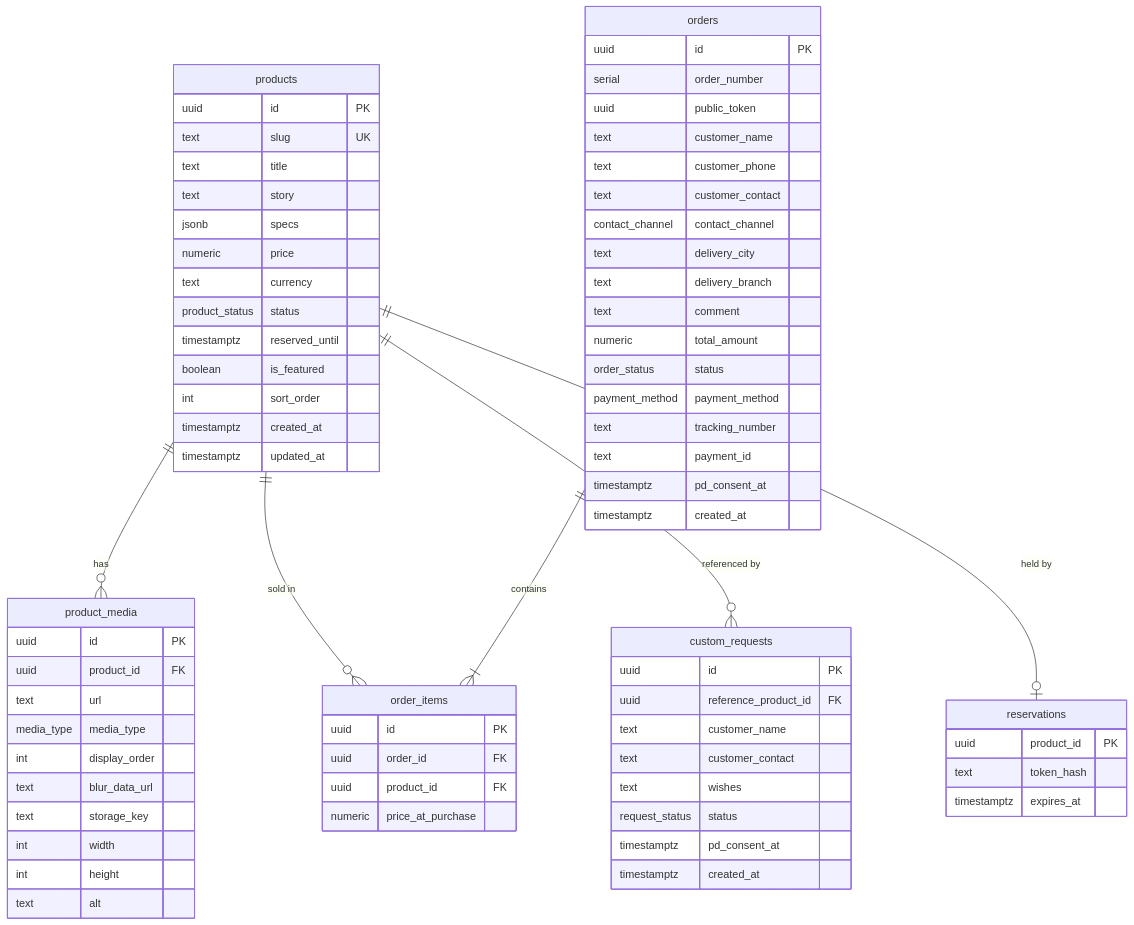
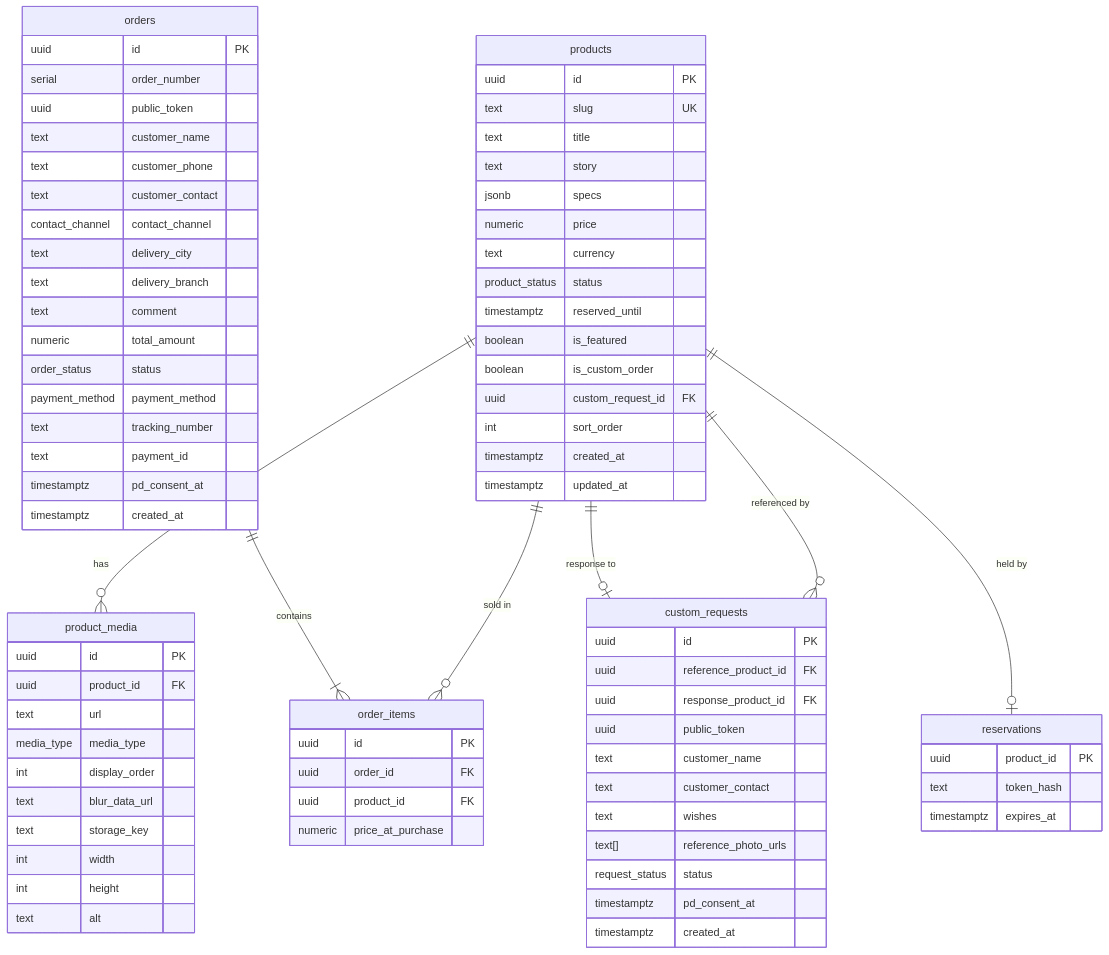
The second of 5 diagrams in ARCHITECTURE.md (tarasssevich/DollShop), drawn with Mermaid before and after one commit. The commit also changed other lines of this file and 24 other files, not shown here.

````diff
--- a/ARCHITECTURE.md
+++ b/ARCHITECTURE.md
@@ -209,76 +209,82 @@
 ```mermaid
 erDiagram
   products ||--o{ product_media : has
   products ||--o{ order_items : "sold in"
   orders ||--|{ order_items : contains
   products ||--o{ custom_requests : "referenced by"
   products ||--o| reservations : "held by"
+  products ||--o| custom_requests : "response to"
 
   products {
     uuid id PK
     text slug UK
     text title
     text story
     jsonb specs
     numeric price
     text currency
     product_status status
     timestamptz reserved_until
     boolean is_featured
+    boolean is_custom_order
+    uuid custom_request_id FK
     int sort_order
     timestamptz created_at
     timestamptz updated_at
   }
   product_media {
     uuid id PK
     uuid product_id FK
     text url
     media_type media_type
     int display_order
     text blur_data_url
     text storage_key
     int width
     int height
     text alt
   }
   reservations {
     uuid product_id PK
     text token_hash
     timestamptz expires_at
   }
   orders {
     uuid id PK
     serial order_number
     uuid public_token
     text customer_name
     text customer_phone
     text customer_contact
     contact_channel contact_channel
     text delivery_city
     text delivery_branch
     text comment
     numeric total_amount
     order_status status
     payment_method payment_method
     text tracking_number
     text payment_id
     timestamptz pd_consent_at
     timestamptz created_at
   }
   order_items {
     uuid id PK
     uuid order_id FK
     uuid product_id FK
     numeric price_at_purchase
   }
   custom_requests {
     uuid id PK
     uuid reference_product_id FK
+    uuid response_product_id FK
+    uuid public_token
     text customer_name
     text customer_contact
     text wishes
+    text[] reference_photo_urls
     request_status status
     timestamptz pd_consent_at
     timestamptz created_at
   }
 ```
````
